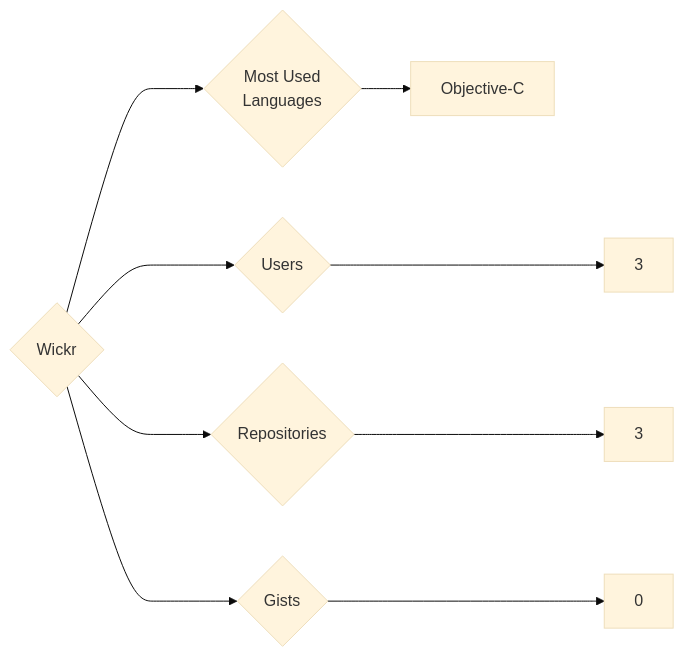
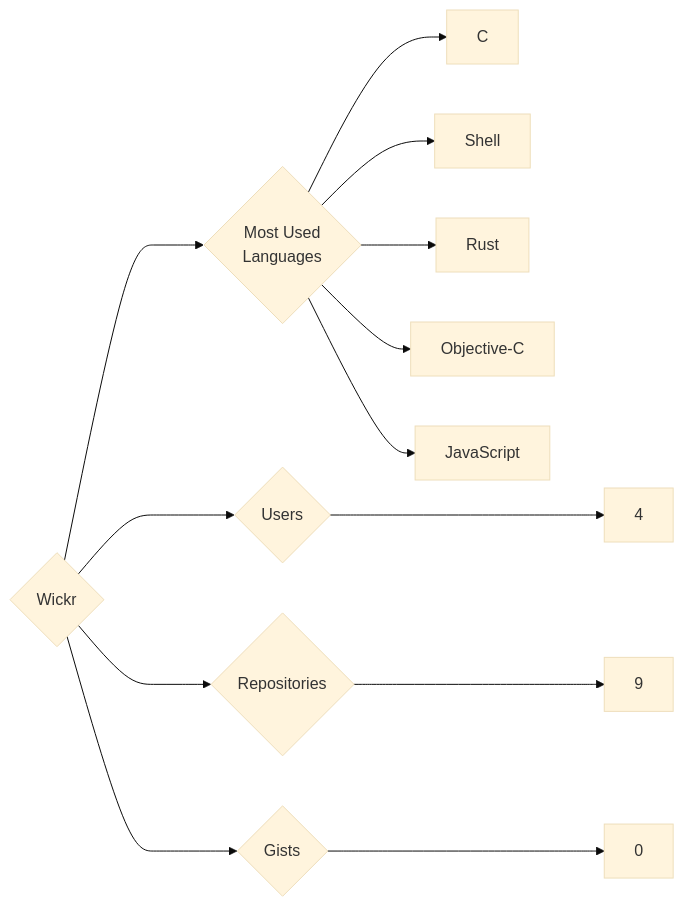
Before and after one commit to trickest/insiders: the diagram in targets/Wickr/README.md, drawn with Mermaid (base theme). The commit also changed 965 other files, not shown here.

````diff
--- a/targets/Wickr/README.md
+++ b/targets/Wickr/README.md
@@ -3,9 +3,13 @@
 ```mermaid
 graph LR
 COMPANY_NAME{Wickr}
-COMPANY_NAME ---> U{Users} ---> UN[3]
-COMPANY_NAME ---> R{Repositories} ---> RN[3]
+COMPANY_NAME ---> U{Users} ---> UN[4]
+COMPANY_NAME ---> R{Repositories} ---> RN[9]
 COMPANY_NAME ---> G{Gists} ---> GN[0]
 COMPANY_NAME ---> ML{Most Used<br>Languages}
+ML --> C[C]
+ML --> Shell[Shell]
+ML --> Rust[Rust]
 ML --> Objective-C[Objective-C]
+ML --> JavaScript[JavaScript]
 ```
````
